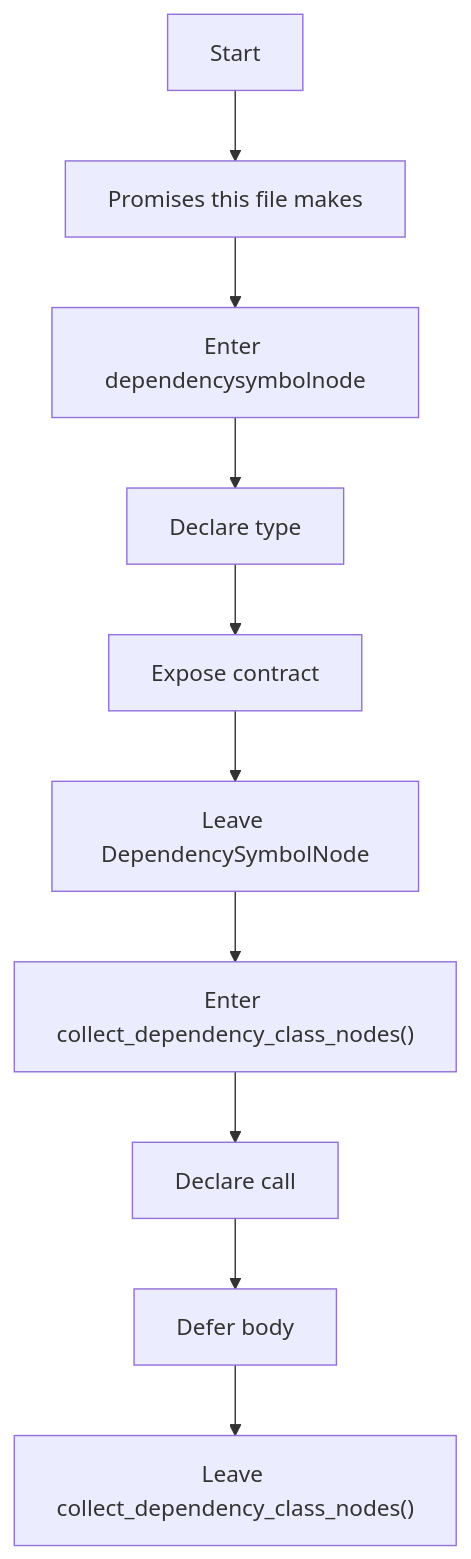
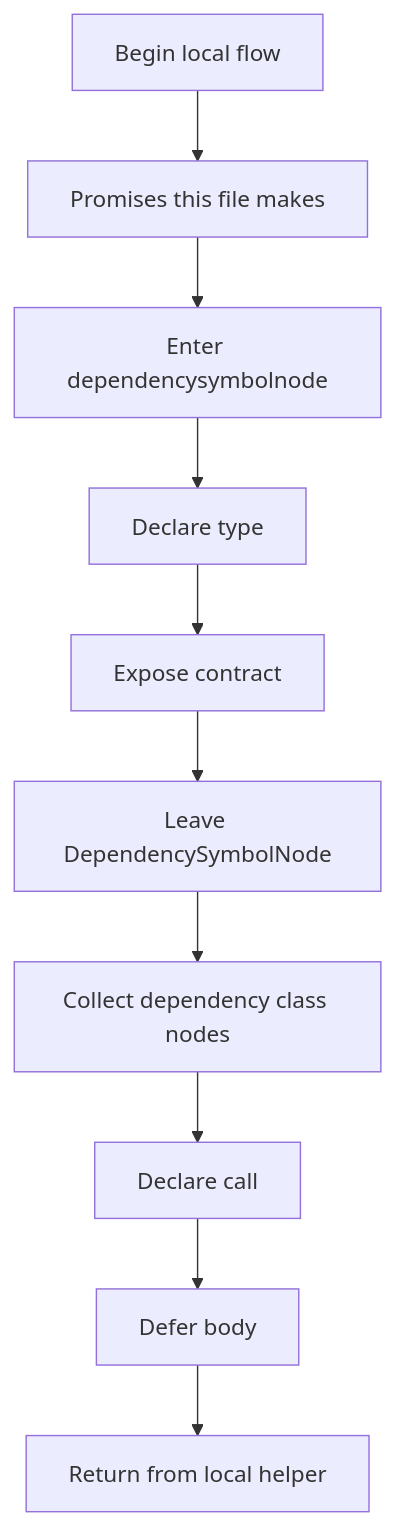
One commit to JohnAndrewBalbarosa/NeoTerritory changed the first of 5 diagrams in docs/Codebase/Microservice/Modules/Header/SyntacticBrokenAST/Trees/Shared/dependency_utils.hpp.md. Above: the diagram before and after it, drawn with Mermaid. The commit also changed other lines of this file and 925 other files, not shown here.

````diff
--- a/docs/Codebase/Microservice/Modules/Header/SyntacticBrokenAST/Trees/Shared/dependency_utils.hpp.md
+++ b/docs/Codebase/Microservice/Modules/Header/SyntacticBrokenAST/Trees/Shared/dependency_utils.hpp.md
@@ -30,22 +29,22 @@
 ```mermaid
 flowchart TD
-    N0["Start"]
+    N0["Begin local flow"]
     N1["Promises this file makes"]
     N2["Enter dependencysymbolnode"]
     N3["Declare type"]
     N4["Expose contract"]
     N5["Leave DependencySymbolNode"]
-    N6["Enter collect_dependency_class_nodes()"]
+    N6["Collect dependency class nodes"]
     N7["Declare call"]
     N8["Defer body"]
-    N9["Leave collect_dependency_class_nodes()"]
+    N9["Return from local helper"]
     N0 --> N1
     N1 --> N2
     N2 --> N3
     N3 --> N4
     N4 --> N5
     N5 --> N6
     N6 --> N7
     N7 --> N8
     N8 --> N9
 ```
````
